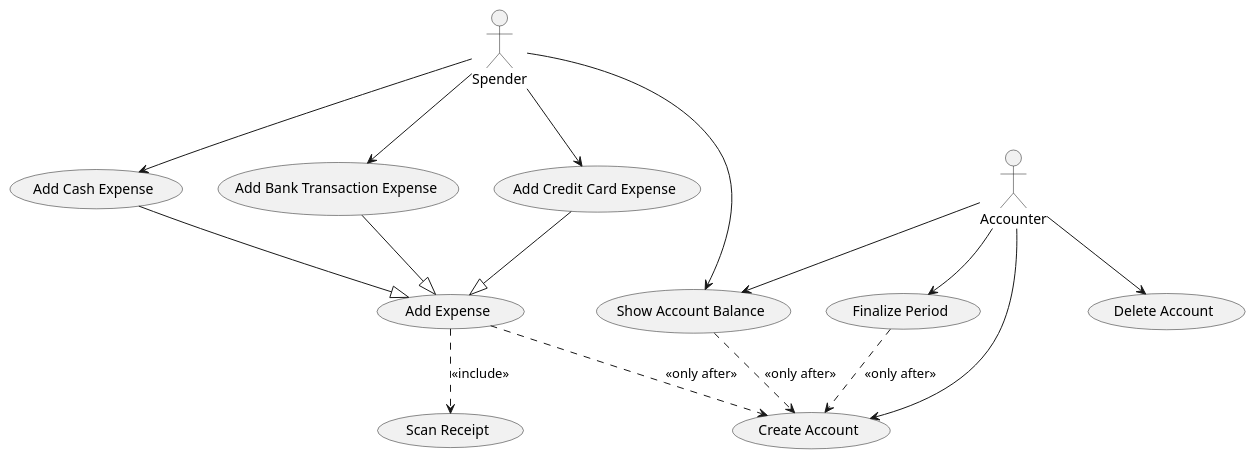
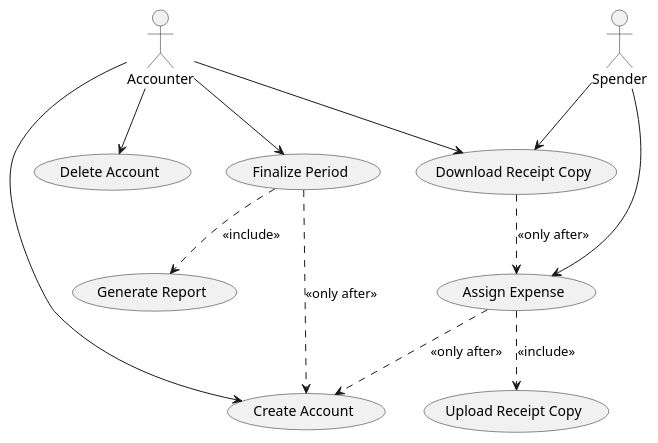
Before and after one commit to onouv/expenses: the diagram in doc/use-cases/overview.usecase.puml, drawn with PlantUML. The commit also changed 2 other files, not shown here.

```diff
--- a/doc/use-cases/overview.usecase.puml
+++ b/doc/use-cases/overview.usecase.puml
@@ -1,26 +1,20 @@
 @startuml
-"Add Expense" as (AExp)
-"Scan Receipt" as (ScRsp)
-"Add Cash Expense" as (ACExp)
-"Add Bank Transaction Expense" as (ABTExp)
-"Add Credit Card Expense" as (ACCExp)
-"Show Account Balance" as (ShwAcc)
+"Assign Expense" as (AExp)
+"Upload Receipt Copy" as (ScRsp)
+"Download Receipt Copy" as (ShwAcc)
 "Finalize Period" as (FinPer)
+"Generate Report" as (GenRep)
 "Create Account" as (CrAcc)
 "Delete Account" as (DelAcc)
 (AExp) ..> (ScRsp): <<include>>
-(ABTExp) --|> (AExp)
-(ACExp) --|> (AExp)
-(ACCExp) --|> (AExp)
-Spender --> (ABTExp)
-Spender --> (ACExp)
-Spender --> (ACCExp)
+Spender --> (AExp)
 Spender --> (ShwAcc)
 Accounter --> (FinPer)
 Accounter --> (ShwAcc)
 Accounter --> (CrAcc)
 Accounter --> (DelAcc)
+(FinPer) ..> (GenRep): <<include>>
 (AExp) ..> (CrAcc): <<only after>>
 (FinPer) ..> (CrAcc): <<only after>>
-(ShwAcc) ..> (CrAcc): <<only after>>
+(ShwAcc) ..> (AExp): <<only after>>
 @enduml
```
